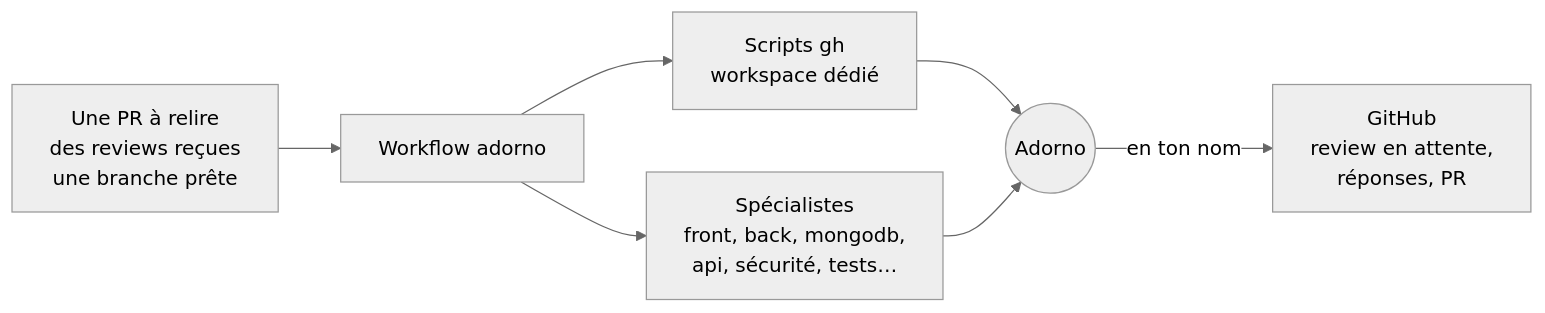
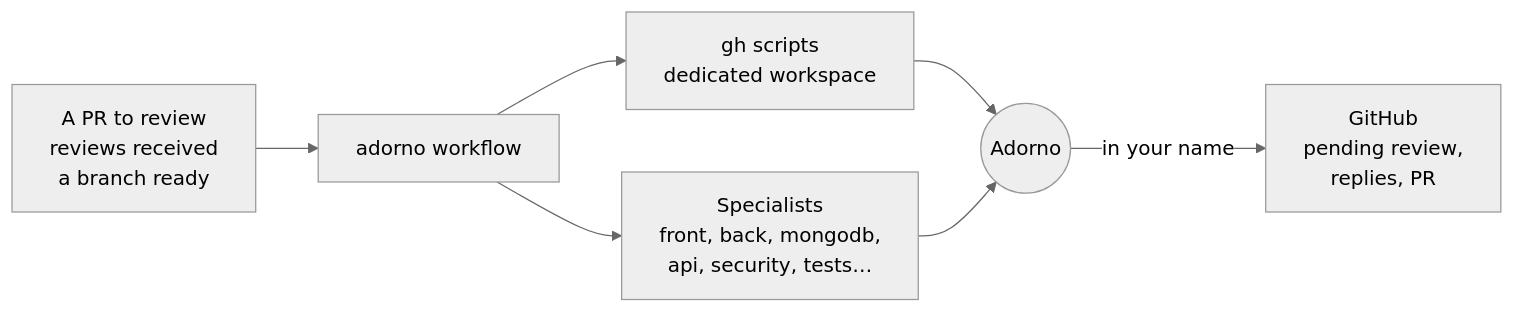
Before and after one commit to nicolasmondain/adorno: the first of 4 diagrams in README.md, drawn with Mermaid (neutral theme). The commit also changed other lines of this file and 379 other files, not shown here.

````diff
--- a/README.md
+++ b/README.md
@@ -12,9 +12,9 @@
 ```mermaid
 flowchart LR
-  T["Une PR à relire<br/>des reviews reçues<br/>une branche prête"] --> W["Workflow adorno"]
-  W --> S["Scripts gh<br/>workspace dédié"]
-  W --> R["Spécialistes<br/>front, back, mongodb,<br/>api, sécurité, tests…"]
+  T["A PR to review<br/>reviews received<br/>a branch ready"] --> W["adorno workflow"]
+  W --> S["gh scripts<br/>dedicated workspace"]
+  W --> R["Specialists<br/>front, back, mongodb,<br/>api, security, tests…"]
   S --> A(("Adorno"))
   R --> A
-  A -->|"en ton nom"| G["GitHub<br/>review en attente,<br/>réponses, PR"]
+  A -->|"in your name"| G["GitHub<br/>pending review,<br/>replies, PR"]
 ```
````
